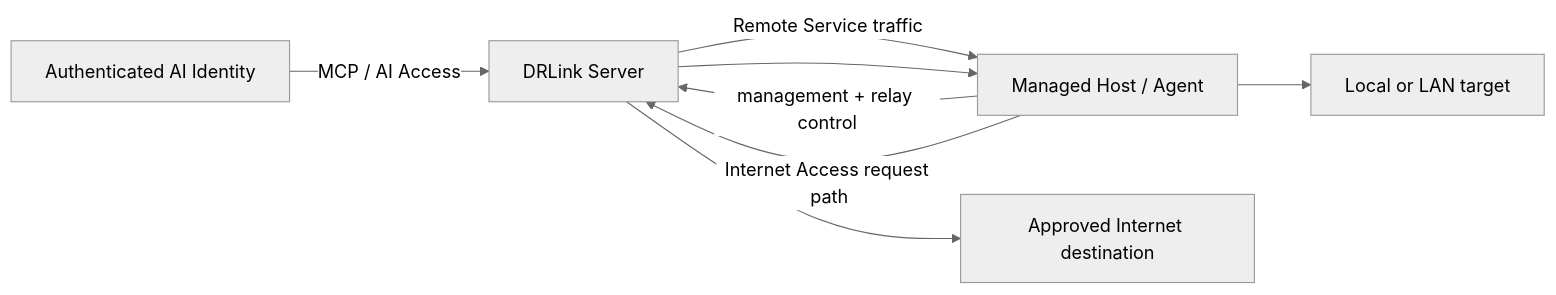
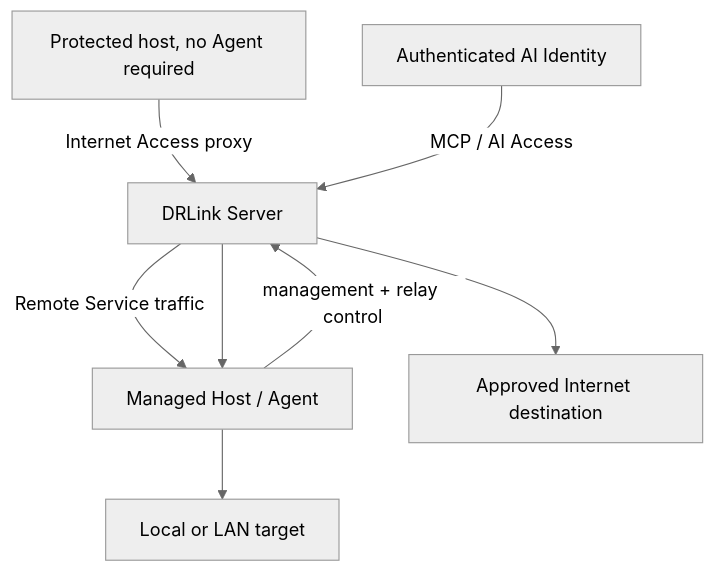
The diagram in reference/architecture.mdx (datarelay-labs/datarelay-link-docs), drawn with Mermaid (neutral theme) before and after one commit. The commit also changed other lines of this file and 110 other files, not shown here.

````diff
--- a/reference/architecture.mdx
+++ b/reference/architecture.mdx
@@ -12,16 +12,16 @@
 ```mermaid
-flowchart LR
+flowchart TD
     S[DRLink Server]
     A[Managed Host / Agent]
     T[Local or LAN target]
     I[Approved Internet destination]
     AI[Authenticated AI Identity]
 
     A -->|management + relay control| S
     S -->|Remote Service traffic| A
     A --> T
-    A -->|Internet Access request path| S
+    P[Protected host, no Agent required] -->|Internet Access proxy| S
     S --> I
     AI -->|MCP / AI Access| S
     S --> A
 ```
````
